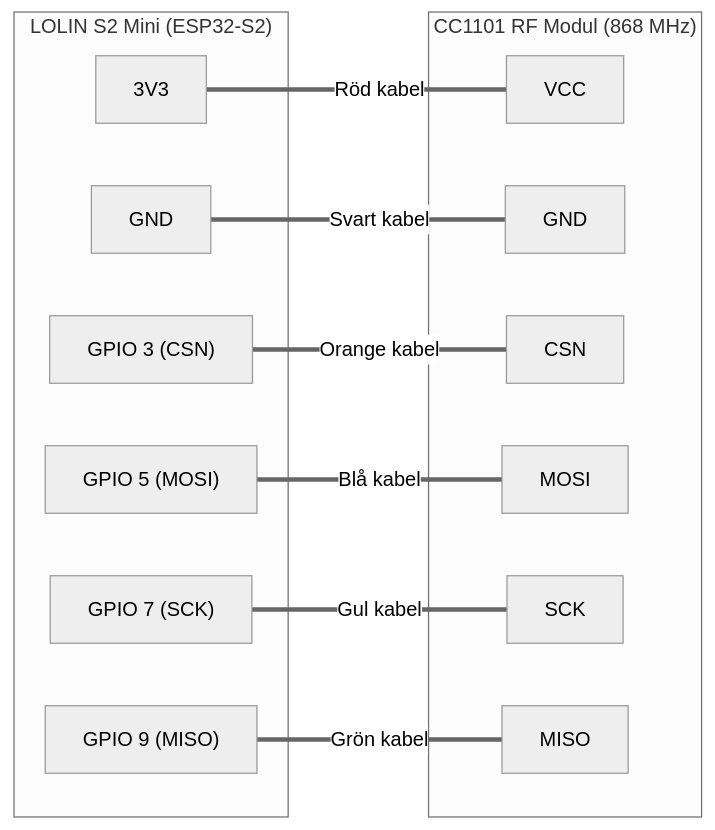
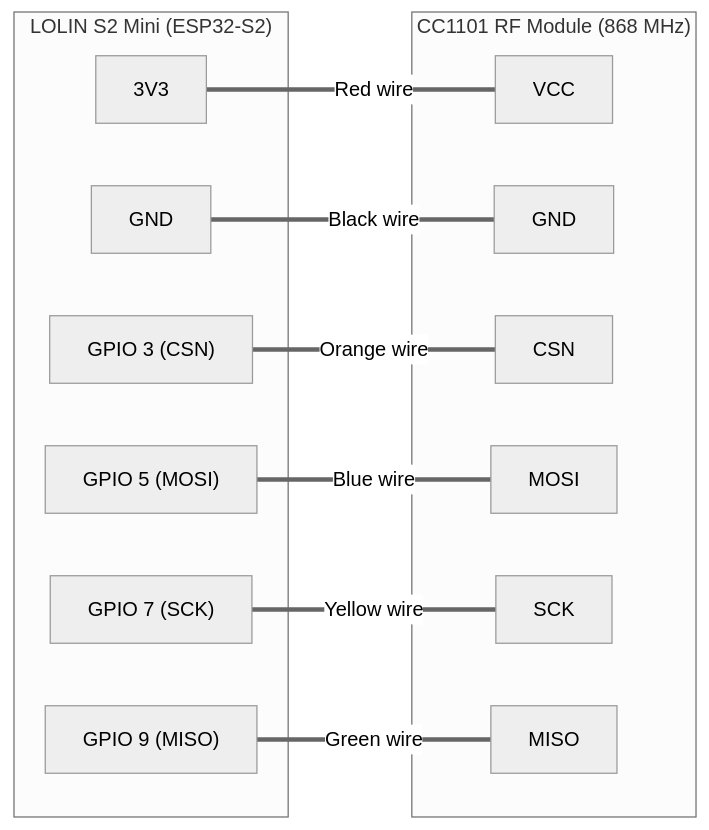
The diagram in documentation/hardware_gateway_esp32s2.md (BonBear/open-verisure), drawn with Mermaid (neutral theme) before and after one commit. The commit also changed other lines of this file and 17 other files, not shown here.

````diff
--- a/documentation/hardware_gateway_esp32s2.md
+++ b/documentation/hardware_gateway_esp32s2.md
@@ -20,27 +20,27 @@
 ```mermaid
 flowchart LR
     subgraph S2["LOLIN S2 Mini (ESP32-S2)"]
         P3V3["3V3"]
         PGND["GND"]
         P3["GPIO 3 (CSN)"]
         P5["GPIO 5 (MOSI)"]
         P7["GPIO 7 (SCK)"]
         P9["GPIO 9 (MISO)"]
     end
 
-    subgraph CC["CC1101 RF Modul (868 MHz)"]
+    subgraph CC["CC1101 RF Module (868 MHz)"]
         VCC["VCC"]
         GND["GND"]
         CSN["CSN"]
         MOSI["MOSI"]
         SCK["SCK"]
         MISO["MISO"]
     end
 
-    P3V3 ===|Röd kabel| VCC
-    PGND ===|Svart kabel| GND
-    P3 ===|Orange kabel| CSN
-    P5 ===|Blå kabel| MOSI
-    P7 ===|Gul kabel| SCK
-    P9 ===|Grön kabel| MISO
+    P3V3 ===|Red wire| VCC
+    PGND ===|Black wire| GND
+    P3 ===|Orange wire| CSN
+    P5 ===|Blue wire| MOSI
+    P7 ===|Yellow wire| SCK
+    P9 ===|Green wire| MISO
 ```
````
